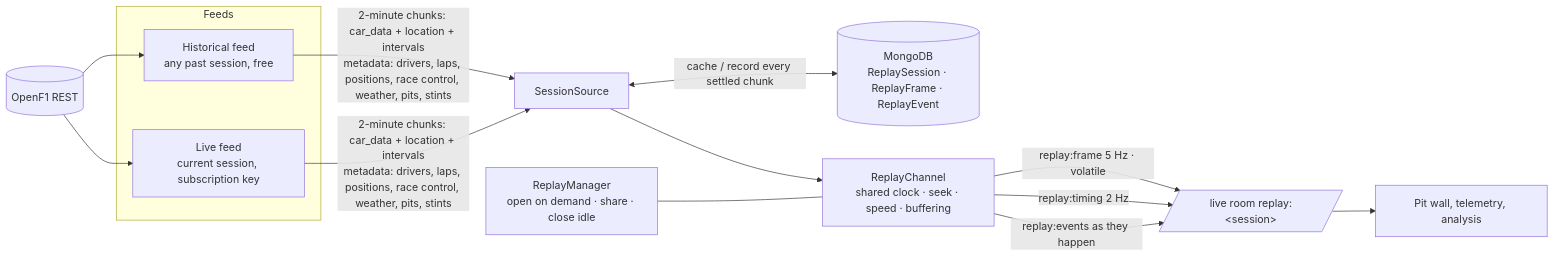
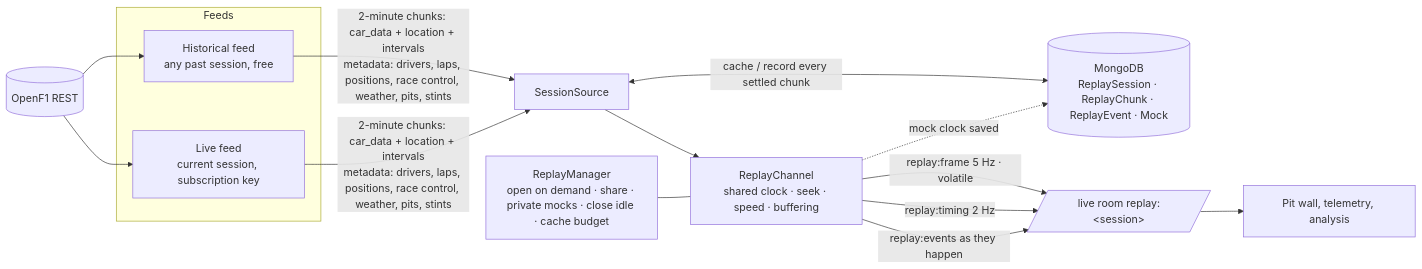
One commit to Ivan825/Slipstream changed the fourth of 5 diagrams in docs/ARCHITECTURE.md. Above: the diagram before and after it, drawn with Mermaid. The commit also changed other lines of this file and 31 other files, not shown here.

Commit message:
Pit wall software: team focus, private mock sessions with a call log and debrief, team alerts, launcher

````diff
--- a/docs/ARCHITECTURE.md
+++ b/docs/ARCHITECTURE.md
@@ -154,16 +154,17 @@
 ```mermaid
 flowchart LR
   subgraph Feeds
     H[Historical feed<br/>any past session, free]
     LV[Live feed<br/>current session, subscription key]
   end
   OF[(OpenF1 REST)] --> H & LV
   H & LV -->|2-minute chunks: car_data + location + intervals<br/>metadata: drivers, laps, positions, race control, weather, pits, stints| SRC[SessionSource]
-  SRC <-->|cache / record every settled chunk| DB[(MongoDB<br/>ReplaySession · ReplayFrame · ReplayEvent)]
+  SRC <-->|cache / record every settled chunk| DB[(MongoDB<br/>ReplaySession · ReplayChunk · ReplayEvent · Mock)]
   SRC --> CH[ReplayChannel<br/>shared clock · seek · speed · buffering]
   CH -->|replay:frame 5 Hz · volatile| ROOM[/live room replay:&lt;session&gt;/]
   CH -->|replay:timing 2 Hz| ROOM
   CH -->|replay:events as they happen| ROOM
   ROOM --> UI[Pit wall, telemetry, analysis]
-  M[ReplayManager<br/>open on demand · share · close idle] --- CH
+  M[ReplayManager<br/>open on demand · share · private mocks · close idle · cache budget] --- CH
+  CH -.->|mock clock saved| DB
 ```
````
